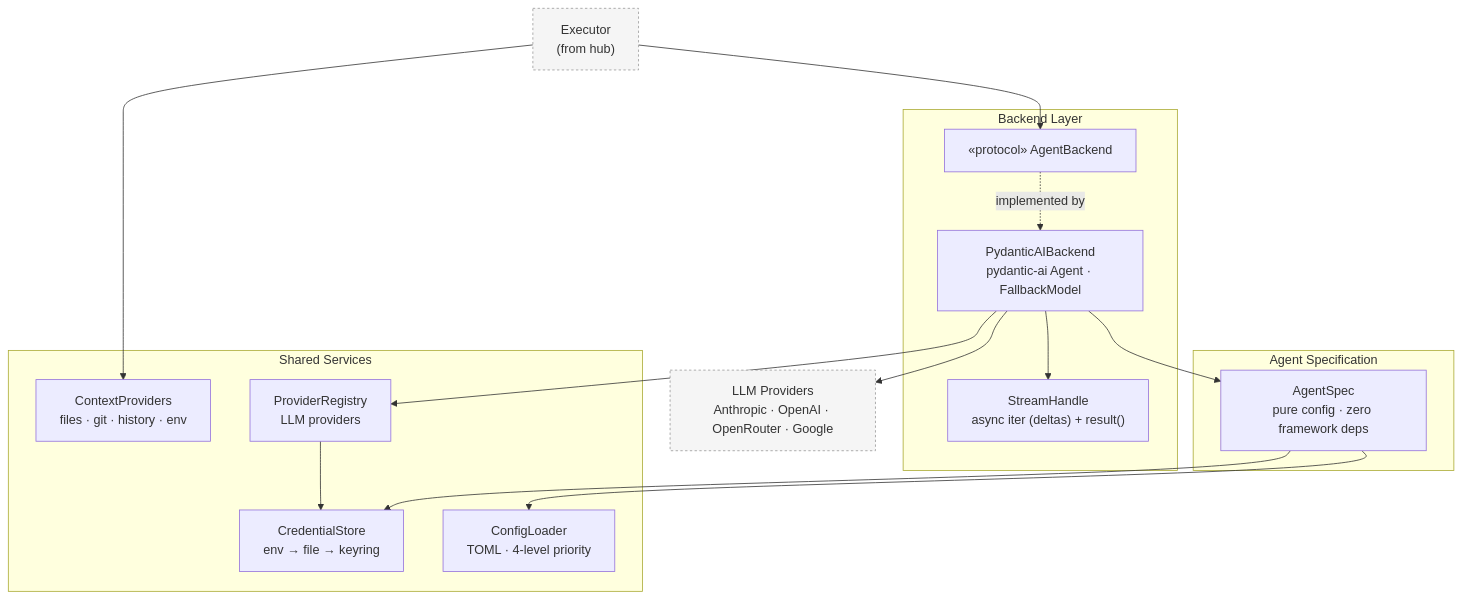
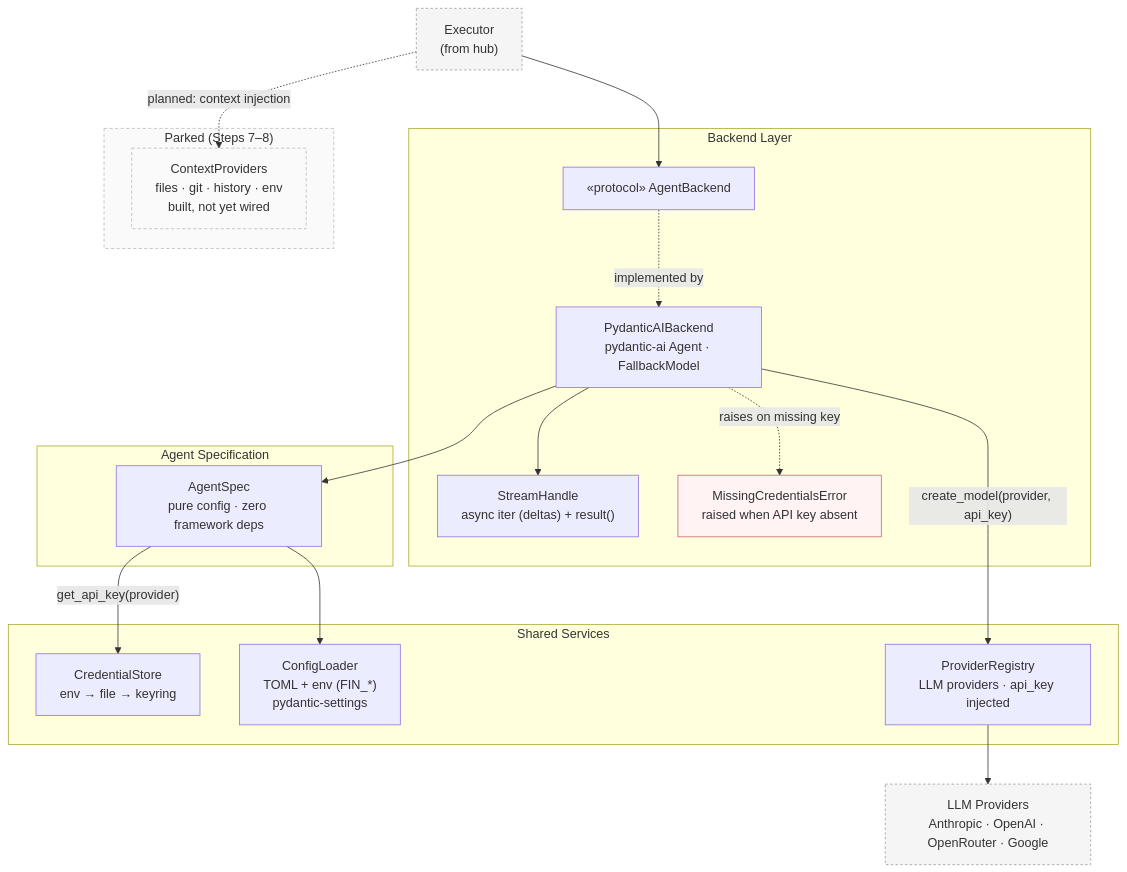
Before and after one commit to ColeB1722/fin-assist: the third of 4 diagrams in README.md, drawn with Mermaid. The commit also changed other lines of this file and 1 other file, not shown here.

First line of the commit message:
docs: align README diagrams and architecture.md with current code

````diff
--- a/README.md
+++ b/README.md
@@ -80,37 +91,45 @@
 ```mermaid
 graph TD
     EXEC["Executor<br/>(from hub)"]
 
-    subgraph "Backend Layer"
+    subgraph BACKEND_GRP["Backend Layer"]
         BEH["«protocol» AgentBackend"]
         PAI["PydanticAIBackend<br/>pydantic-ai Agent · FallbackModel"]
         SH["StreamHandle<br/>async iter (deltas) + result()"]
+        MCE["MissingCredentialsError<br/>raised when API key absent"]
     end
 
-    subgraph "Agent Specification"
+    subgraph SPEC_GRP["Agent Specification"]
         SPEC["AgentSpec<br/>pure config · zero framework deps"]
     end
 
-    subgraph "Shared Services"
+    subgraph SHARED["Shared Services"]
         CREDS["CredentialStore<br/>env → file → keyring"]
-        CONFIG["ConfigLoader<br/>TOML · 4-level priority"]
-        CTXP["ContextProviders<br/>files · git · history · env"]
-        REG["ProviderRegistry<br/>LLM providers"]
+        CONFIG["ConfigLoader<br/>TOML + env (FIN_*)<br/>pydantic-settings"]
+        REG["ProviderRegistry<br/>LLM providers · api_key injected"]
+    end
+
+    subgraph PARKED["Parked (Steps 7–8)"]
+        CTXP["ContextProviders<br/>files · git · history · env<br/>built, not yet wired"]
     end
 
     LLM["LLM Providers<br/>Anthropic · OpenAI · OpenRouter · Google"]
 
     EXEC --> BEH
     BEH -.->|"implemented by"| PAI
     PAI --> SH
-    PAI --> REG
-    PAI --> LLM
+    PAI -->|"create_model(provider, api_key)"| REG
+    REG --> LLM
     PAI --> SPEC
-    EXEC --> CTXP
-    SPEC --> CREDS
+    PAI -.->|"raises on missing key"| MCE
+    SPEC -->|"get_api_key(provider)"| CREDS
     SPEC --> CONFIG
-    REG --> CREDS
+    EXEC -.->|"planned: context injection"| CTXP
 
     classDef external fill:#f5f5f5,stroke:#999,stroke-dasharray: 3 3
     class EXEC,LLM external
+    classDef parked fill:#fafafa,stroke:#bbb,stroke-dasharray: 4 3
+    class CTXP,PARKED parked
+    classDef error fill:#fff3f3,stroke:#c66
+    class MCE error
 ```
````
